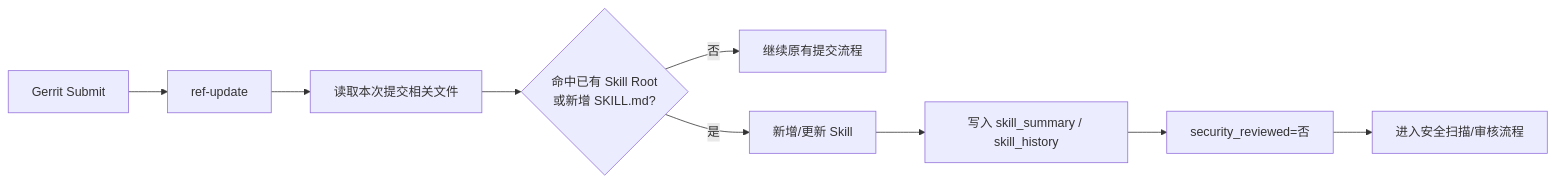
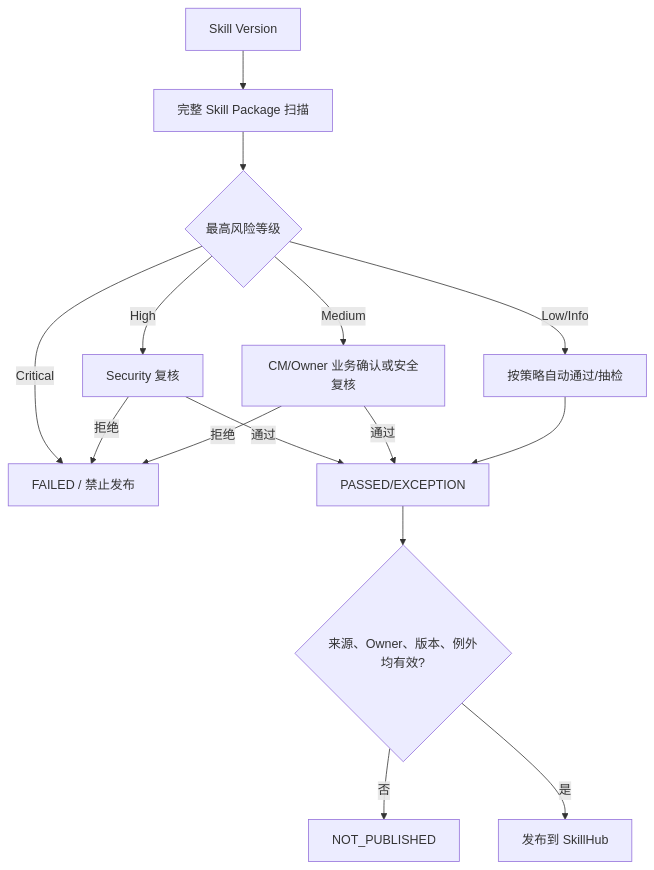
The second of 3 diagrams in docs/10-skill-security-governance-strategy.md (Chenzy-zero/SkillHub), drawn with Mermaid before and after one commit. The commit also changed other lines of this file, not shown here.

Commit message:
docs: finalize Skill security management policy

````diff
--- a/docs/10-skill-security-governance-strategy.md
+++ b/docs/10-skill-security-governance-strategy.md
@@ -132,11 +568,17 @@
 ```mermaid
-flowchart LR
-    A[Gerrit Submit] --> B[ref-update]
-    B --> C[读取本次提交相关文件]
-    C --> D{命中已有 Skill Root\n或新增 SKILL.md?}
-    D -->|否| E[继续原有提交流程]
-    D -->|是| F[新增/更新 Skill]
-    F --> G[写入 skill_summary / skill_history]
-    G --> H[security_reviewed=否]
-    H --> I[进入安全扫描/审核流程]
+flowchart TD
+    A[Skill Version] --> B[完整 Skill Package 扫描]
+    B --> C{最高风险等级}
+    C -->|Critical| D[FAILED / 禁止发布]
+    C -->|High| E[Security 复核]
+    C -->|Medium| F[CM/Owner 业务确认或安全复核]
+    C -->|Low/Info| G[按策略自动通过/抽检]
+    E -->|通过| H[PASSED/EXCEPTION]
+    E -->|拒绝| D
+    F -->|通过| H
+    F -->|拒绝| D
+    G --> H
+    H --> I{来源、Owner、版本、例外均有效?}
+    I -->|否| J[NOT_PUBLISHED]
+    I -->|是| K[发布到 SkillHub]
 ```
````
